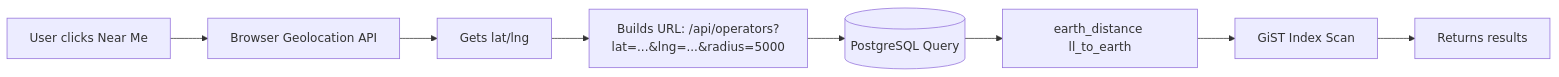
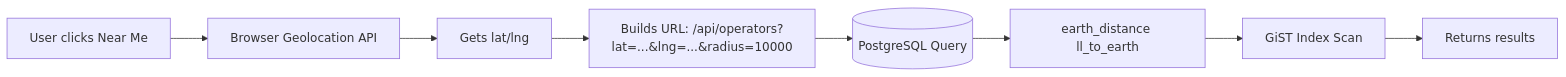
One commit to NadeemAhmad007/nadur changed the sixth of 8 diagrams in docs/SYSTEM_ARCHITECTURE.md. Above: the diagram before and after it, drawn with Mermaid. The commit also changed other lines of this file and 79 other files, not shown here.

````diff
--- a/docs/SYSTEM_ARCHITECTURE.md
+++ b/docs/SYSTEM_ARCHITECTURE.md
@@ -252,10 +234,10 @@
 ```mermaid
 flowchart LR
     U[User clicks Near Me] --> G[Browser Geolocation API]
     G --> GL[Gets lat/lng]
-    GL --> R[Builds URL: /api/operators?lat=...&lng=...&radius=5000]
+    GL --> R[Builds URL: /api/operators?lat=...&lng=...&radius=10000]
     R --> Q[(PostgreSQL Query)]
     Q --> E[earth_distance ll_to_earth]
     E --> I[GiST Index Scan]
     I --> RE[Returns results]
 ```
````
